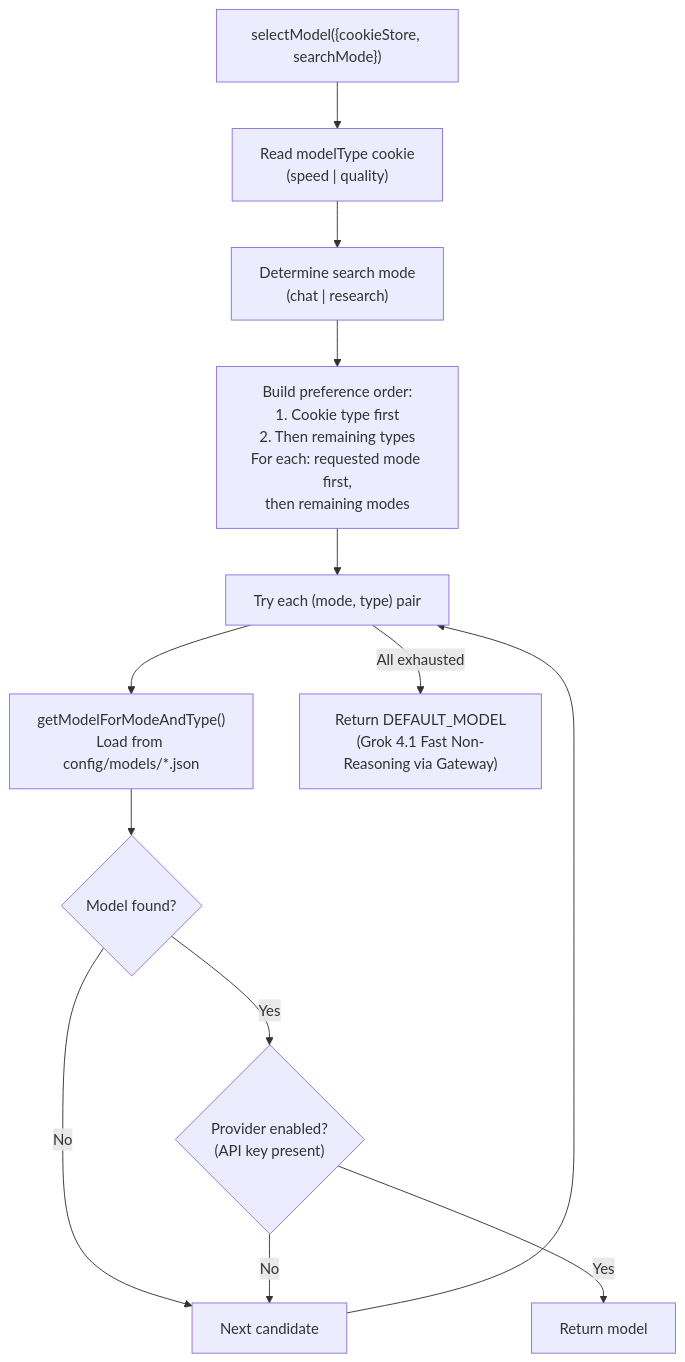
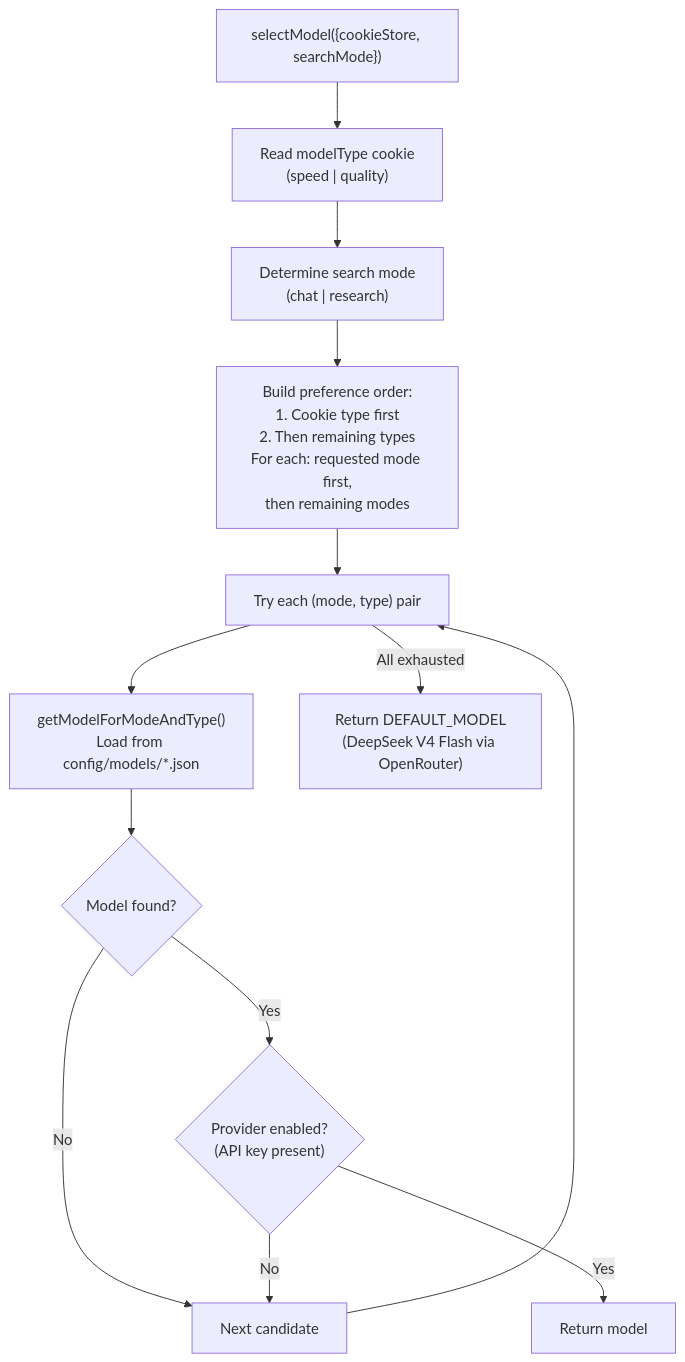
One commit to NickB03/polymorph changed the fifth of 5 diagrams in docs/architecture/RESEARCH-AGENT.md. Above: the diagram before and after it, drawn with Mermaid. The commit also changed other lines of this file and 22 other files, not shown here.

Commit message:
standardize text models on OpenRouter

````diff
--- a/docs/architecture/RESEARCH-AGENT.md
+++ b/docs/architecture/RESEARCH-AGENT.md
@@ -542,23 +542,23 @@
 ```mermaid
 flowchart TD
     Start["selectModel({cookieStore, searchMode})"]
     ReadType["Read modelType cookie<br/>(speed | quality)"]
     ReadMode["Determine search mode<br/>(chat | research)"]
     BuildOrder["Build preference order:<br/>1. Cookie type first<br/>2. Then remaining types<br/>For each: requested mode first,<br/>then remaining modes"]
 
     Loop["Try each (mode, type) pair"]
     LoadJSON["getModelForModeAndType()<br/>Load from config/models/*.json"]
     Found{"Model found?"}
     Enabled{"Provider enabled?<br/>(API key present)"}
     Return["Return model"]
     Next["Next candidate"]
-    Default["Return DEFAULT_MODEL<br/>(Grok 4.1 Fast Non-Reasoning via Gateway)"]
+    Default["Return DEFAULT_MODEL<br/>(DeepSeek V4 Flash via OpenRouter)"]
 
     Start --> ReadType --> ReadMode --> BuildOrder --> Loop
     Loop --> LoadJSON --> Found
     Found -->|No| Next
     Found -->|Yes| Enabled
     Enabled -->|No| Next --> Loop
     Enabled -->|Yes| Return
     Loop -->|"All exhausted"| Default
 ```
````
